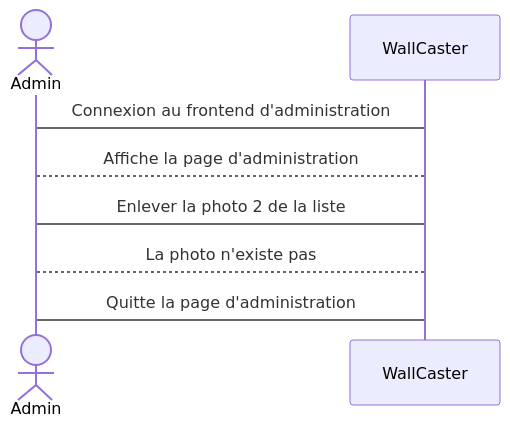
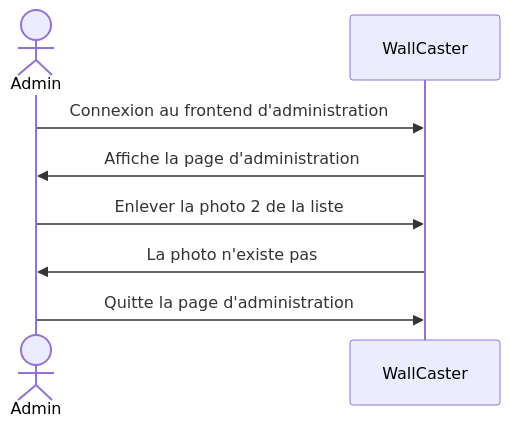
One commit to WallCaster/WallCaster changed the fifth of 16 diagrams in doc/analisis-report.md. Above: the diagram before and after it, drawn with Mermaid. The commit also changed other lines of this file, not shown here.

Commit message:
update diagrames séquence

````diff
--- a/doc/analisis-report.md
+++ b/doc/analisis-report.md
@@ -120,12 +120,12 @@
 ```mermaid
 sequenceDiagram
   actor Admin
   participant S as WallCaster
 
-Admin -> S : Connexion au frontend d'administration
-S --> Admin : Affiche la page d'administration
-Admin -> S : Enlever la photo 2 de la liste
-S --> Admin : La photo n'existe pas
-Admin -> S : Quitte la page d'administration
+Admin ->> S : Connexion au frontend d'administration
+S ->> Admin : Affiche la page d'administration
+Admin ->> S : Enlever la photo 2 de la liste
+S ->> Admin : La photo n'existe pas
+Admin ->> S : Quitte la page d'administration
 
 ```
````
